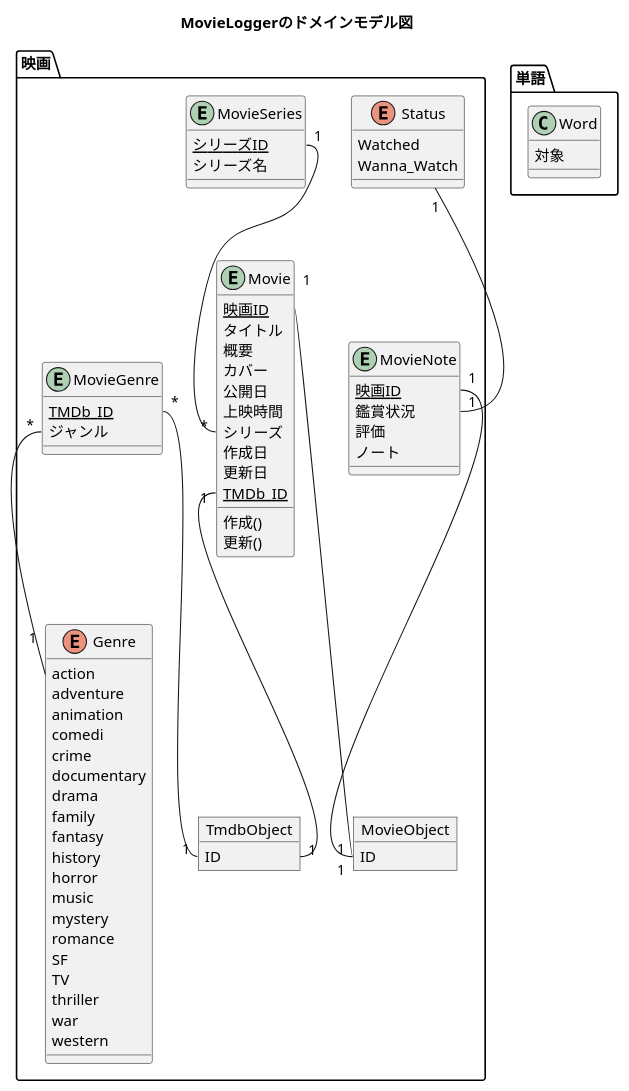
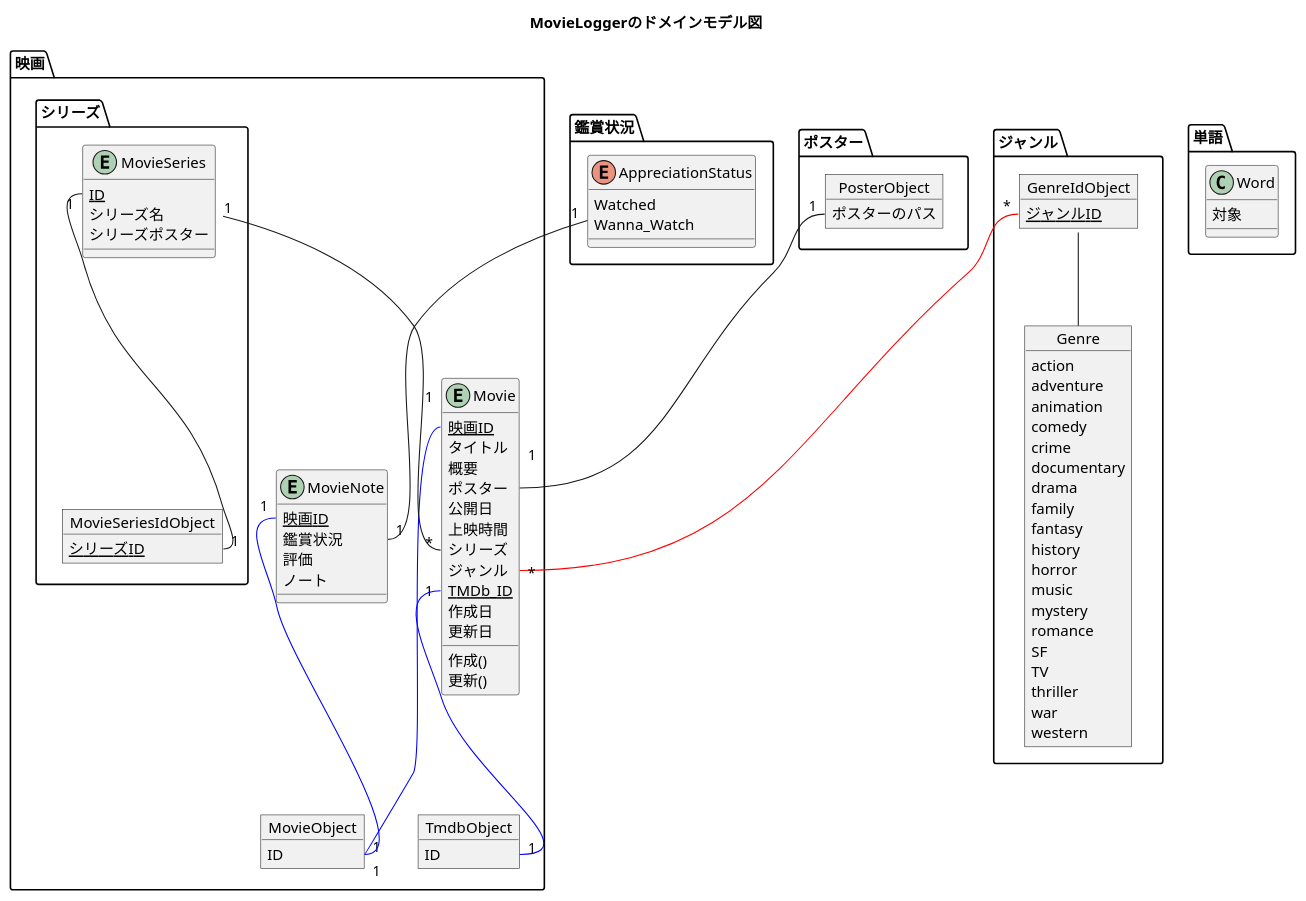
One commit to takeYY/filmography changed the diagram in api/docs/domain_model.puml. Above: the diagram before and after it, drawn with PlantUML. The commit also changed 1 other file, not shown here.

Commit message:
📈 ドメインモデル図を修正

```diff
--- a/api/docs/domain_model.puml
+++ b/api/docs/domain_model.puml
@@ -1,100 +1,131 @@
 @startuml fig_domain_model
 title MovieLoggerのドメインモデル図
 
 package 映画 {
-  ' MODEL '
+  ' Movie MODEL '
+  '' ValueObject ''
   object MovieObject {
     ID
   }
+  object TmdbObject {
+    ID
+  }
 
+  '' Movie Entity ''
   entity Movie {
     {static} 映画ID
     タイトル
     概要
-    カバー
+    ポスター
     公開日
     上映時間
     シリーズ
+    ジャンル
+    {static} TMDb_ID
     作成日
     更新日
-    {static} TMDb_ID
 
     作成()
     更新()
   }
-
   entity MovieNote {
     {static} 映画ID
     鑑賞状況
     評価
     ノート
   }
 
-  entity MovieSeries {
-    {static} シリーズID
-    シリーズ名
+
+  ' Movie Note ' 
+  ' ???
+
+
+  ' Movie RELATION '
+  Movie::映画ID "1" -[#Blue]- "1" MovieObject::ID
+  Movie::TMDb_ID "1" -[#Blue]- "1" TmdbObject::ID
+
+  MovieNote::映画ID "1" -[#Blue]- "1" MovieObject::ID
+
+
+  package シリーズ {
+    object MovieSeriesIdObject {
+      {static} シリーズID
+    }
+
+    entity MovieSeries {
+      {static} ID
+      シリーズ名
+      シリーズポスター
+    }
   }
 
-  object TmdbObject {
-    ID
-  }
+  MovieSeries "1" -- "*" Movie::シリーズ
+  MovieSeries::ID "1" -- "1" MovieSeriesIdObject::シリーズID
+}
 
-  enum Status {
+
+
+
+package 鑑賞状況 {
+  enum AppreciationStatus {
     Watched
     Wanna_Watch
   }
 
-  entity MovieGenre{
-    {static} TMDb_ID
-    ジャンル
+  AppreciationStatus "1" -- "1" MovieNote::鑑賞状況
+}
+
+
+
+
+package ジャンル {
+  object GenreIdObject {
+    {static} ジャンルID
   }
-
-  enum Genre {
+  object Genre {
     action
     adventure
     animation
-    comedi
+    comedy
     crime
     documentary
     drama
     family
     fantasy
     history
     horror
     music
     mystery
     romance
     SF
     TV
     thriller
     war
     western
   }
 
+  GenreIdObject -- Genre
+  GenreIdObject::ジャンルID "*" -[#Red]- "*" Movie::ジャンル
+}
 
 
-  ' Note '
-  ' ???
 
 
-  ' RELATION '
-  Movie::映画ID "1" -- "1" MovieObject::ID
-  Movie::TMDb_ID "1" -- "1" TmdbObject::ID
+package ポスター {
+  object PosterObject {
+    ポスターのパス
+  }
 
-  MovieNote::映画ID "1" -- "1" MovieObject::ID
+  PosterObject::ポスターのパス "1" -- "1" Movie::ポスター
+}
 
-  Status "1" -- "1" MovieNote::鑑賞状況
 
-  MovieGenre::TMDb_ID "*" -- "1" TmdbObject::ID
-  MovieGenre::ジャンル "*" -- "1" Genre
 
-  MovieSeries::シリーズID "1" -- "*" Movie::シリーズ
-}
 
 package 単語 {
   class Word {
     対象
   }
 }
 
 @enduml
```
